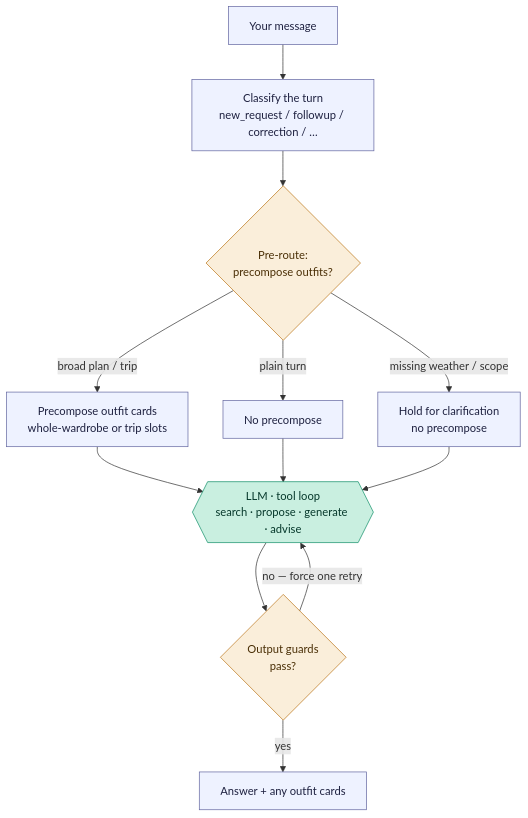
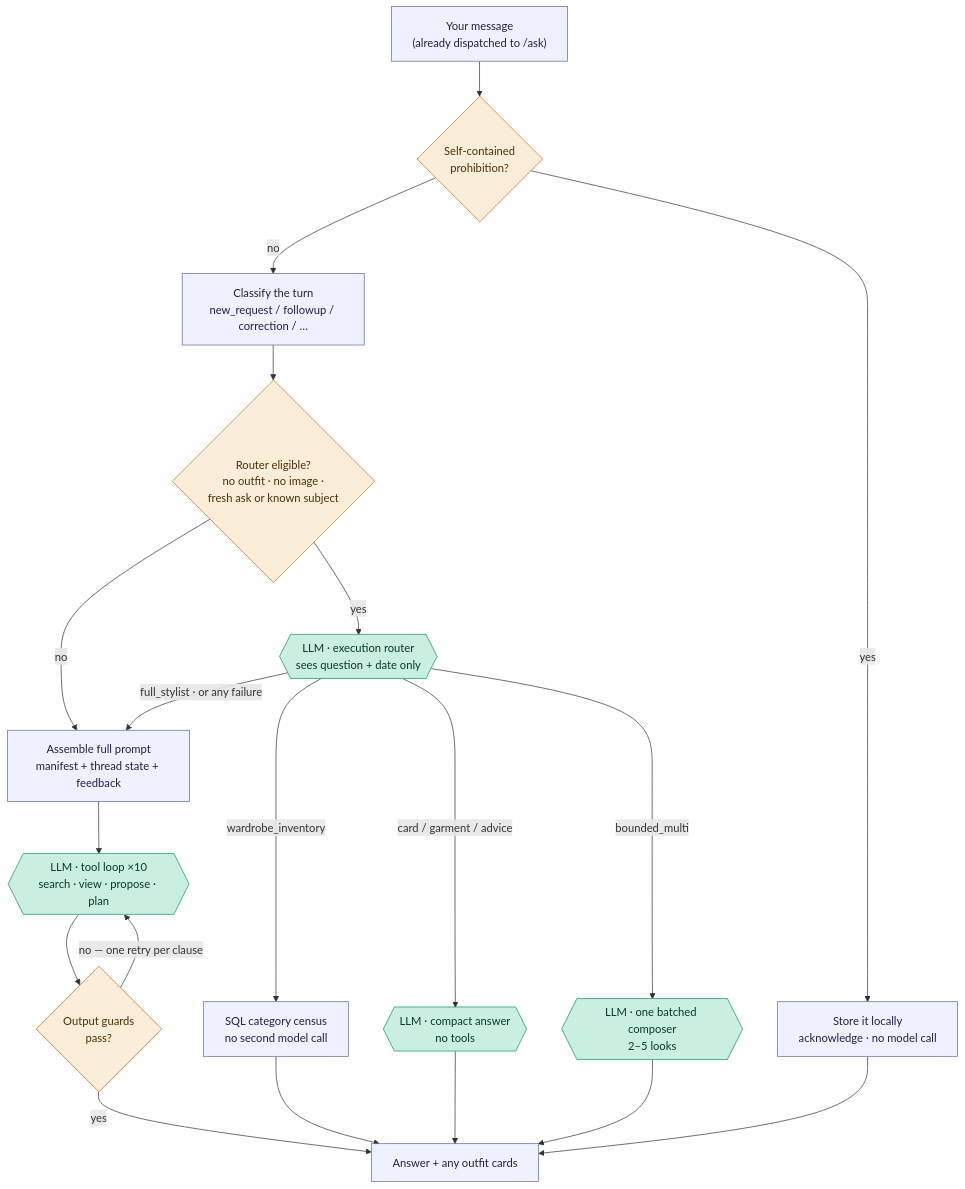
The first of 3 diagrams in docs/flows/freeform-stylist-chat.md (yunap/closet), drawn with Mermaid before and after one commit. The commit also changed other lines of this file, not shown here.

First line of the commit message:
Correct the /ask flow doc against the code it describes

````diff
--- a/docs/flows/freeform-stylist-chat.md
+++ b/docs/flows/freeform-stylist-chat.md
@@ -16,21 +30,28 @@
 ```mermaid
 flowchart TD
-    IN["Your message"] --> C["Classify the turn<br/>new_request / followup / correction / …"]
-    C --> PR{"Pre-route:<br/>precompose outfits?"}
-    PR -->|"broad plan / trip"| PC["Precompose outfit cards<br/>whole-wardrobe or trip slots"]
-    PR -->|"missing weather / scope"| HOLD["Hold for clarification<br/>no precompose"]
-    PR -->|"plain turn"| SKIP["No precompose"]
-    PC --> M
-    SKIP --> M
-    HOLD --> M
-    M{{"LLM · tool loop<br/>search · propose · generate · advise"}} --> G{"Output guards<br/>pass?"}
-    G -->|"no — force one retry"| M
+    IN["Your message<br/>(already dispatched to /ask)"] --> LOC{"Self-contained<br/>prohibition?"}
+    LOC -->|"yes"| ACK["Store it locally<br/>acknowledge · no model call"]
+    LOC -->|"no"| C["Classify the turn<br/>new_request / followup / correction / …"]
+    C --> EL{"Router eligible?<br/>no outfit · no image ·<br/>fresh ask or known subject"}
+    EL -->|"no"| PAY
+    EL -->|"yes"| R{{"LLM · execution router<br/>sees question + date only"}}
+    R -->|"wardrobe_inventory"| SQL["SQL category census<br/>no second model call"]
+    R -->|"card / garment / advice"| CMP{{"LLM · compact answer<br/>no tools"}}
+    R -->|"bounded_multi"| BM{{"LLM · one batched composer<br/>2–5 looks"}}
+    R -->|"full_stylist · or any failure"| PAY["Assemble full prompt<br/>manifest + thread state + feedback"]
+    PAY --> M{{"LLM · tool loop ×10<br/>search · view · propose · plan"}}
+    M --> G{"Output guards<br/>pass?"}
+    G -->|"no — one retry per clause"| M
     G -->|"yes"| OUT["Answer + any outfit cards"]
+    SQL --> OUT
+    CMP --> OUT
+    BM --> OUT
+    ACK --> OUT
 
     classDef app fill:#eef2ff,stroke:#6366a0,color:#1e2140;
     classDef model fill:#c9efe0,stroke:#0f8f68,color:#06382b;
     classDef check fill:#faeeda,stroke:#ba7517,color:#4a2f06;
-    class IN,C,PC,SKIP,HOLD,OUT app;
-    class M model;
-    class PR,G check;
+    class IN,C,ACK,SQL,PAY,OUT app;
+    class R,CMP,BM,M model;
+    class LOC,EL,G check;
 ```
````
